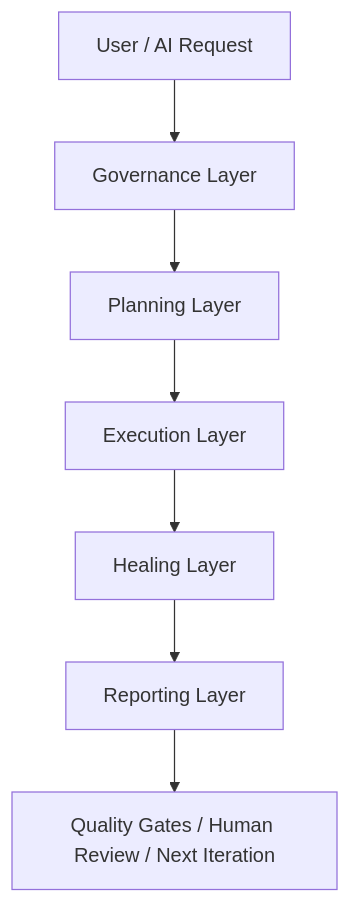
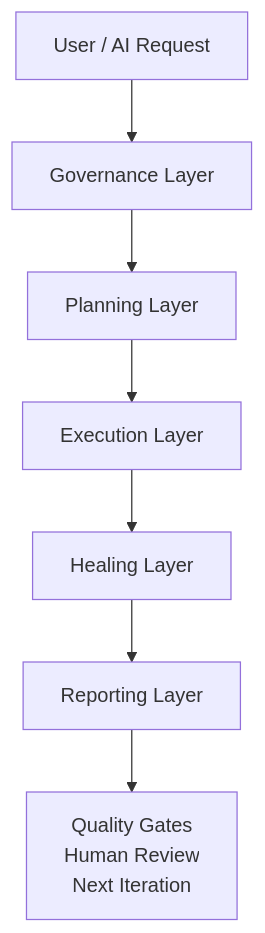
Before and after one commit to Qin-BL/quality-platform: the first of 6 diagrams in docs/qa/architecture.md, drawn with Mermaid. The commit also changed other lines of this file and 2 other files, not shown here.

Commit message:
Improve diagram readability

```diff
--- a/docs/qa/architecture.md
+++ b/docs/qa/architecture.md
@@ -19,9 +19,9 @@
 ::: mermaid
 graph TD
     U["User / AI Request"] --> G["Governance Layer"]
     G --> P["Planning Layer"]
     P --> E["Execution Layer"]
     E --> H["Healing Layer"]
     H --> R["Reporting Layer"]
-    R --> Q["Quality Gates / Human Review / Next Iteration"]
+    R --> Q["Quality Gates<br/>Human Review<br/>Next Iteration"]
 :::
```
